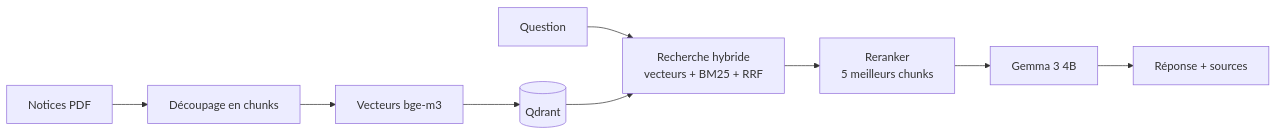
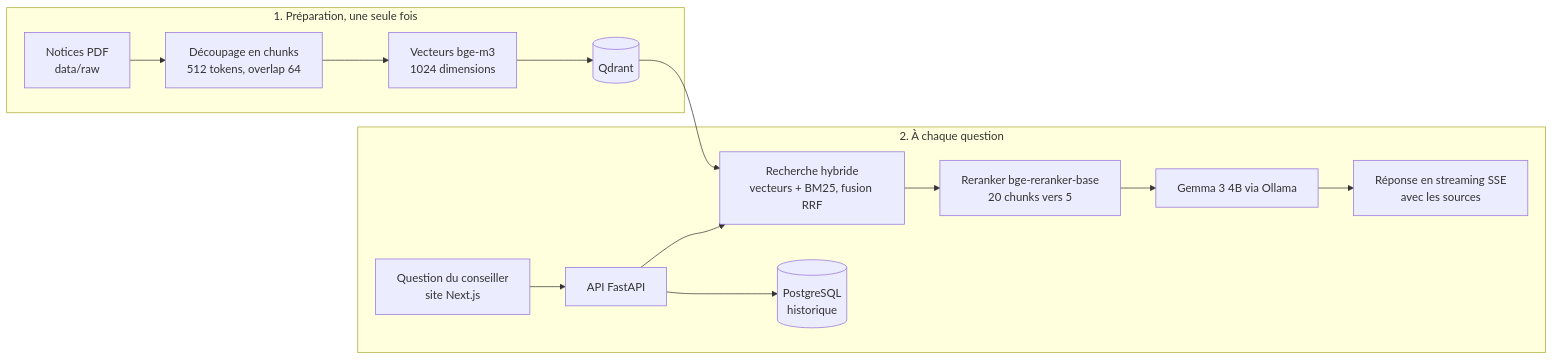
One commit to Ahmed-BA-hub/depannia changed the diagram in README.md. Above: the diagram before and after it, drawn with Mermaid. The commit also changed other lines of this file and 18 other files, not shown here.

Commit message:
Ajout des notices, README, choix de Qdrant et docker-compose

````diff
--- a/README.md
+++ b/README.md
@@ -9,7 +17,13 @@
 ```mermaid
 flowchart LR
-  A[Notices PDF] --> B[Découpage en chunks] --> C[Vecteurs bge-m3] --> D[(Qdrant)]
-  Q[Question] --> H["Recherche hybride<br>vecteurs + BM25 + RRF"]
+  subgraph P1["1. Préparation, une seule fois"]
+    A["Notices PDF<br>data/raw"] --> B["Découpage en chunks<br>512 tokens, overlap 64"] --> C["Vecteurs bge-m3<br>1024 dimensions"] --> D[("Qdrant")]
+  end
+  subgraph P2["2. À chaque question"]
+    Q["Question du conseiller<br>site Next.js"] --> F["API FastAPI"]
+    F --> H["Recherche hybride<br>vecteurs + BM25, fusion RRF"]
+    H --> R["Reranker bge-reranker-base<br>20 chunks vers 5"] --> G["Gemma 3 4B via Ollama"] --> S["Réponse en streaming SSE<br>avec les sources"]
+    F --> PG[("PostgreSQL<br>historique")]
+  end
   D --> H
-  H --> R["Reranker<br>5 meilleurs chunks"] --> G[Gemma 3 4B] --> S[Réponse + sources]
 ```
````
